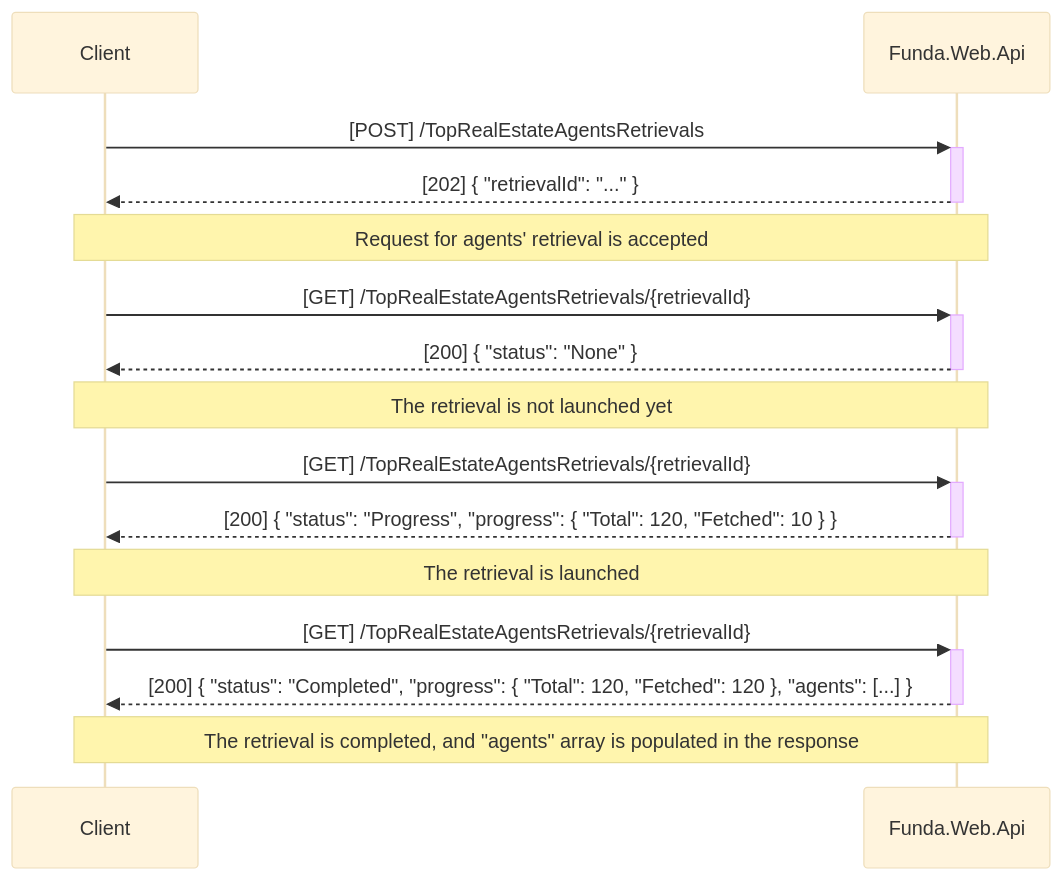
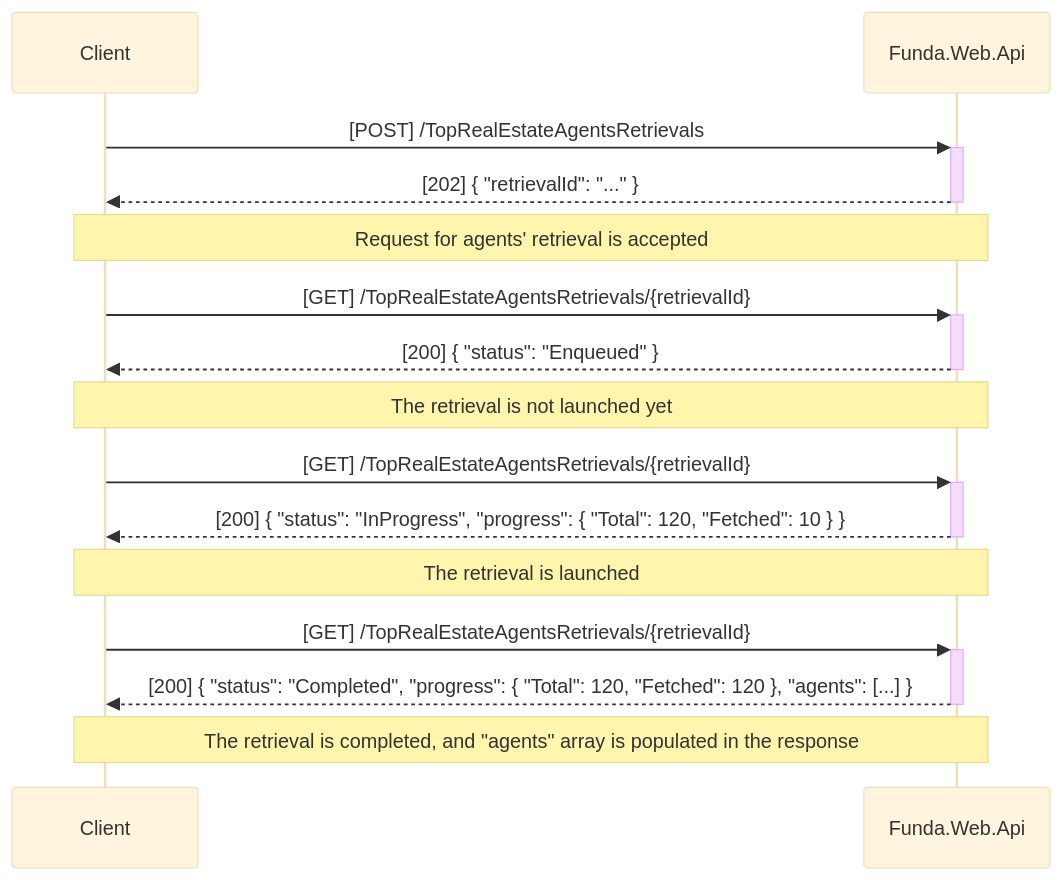
The first of 2 diagrams in README.md (AVykhrystyuk/funda), drawn with Mermaid (base theme) before and after one commit. The commit also changed 1 other file, not shown here.

Commit message:
Renames in RetrievalStatus

````diff
--- a/README.md
+++ b/README.md
@@ -27,19 +27,19 @@
 ```mermaid
 %% This diagram needs to be rendered, for example, GitHub renders it by default.
 sequenceDiagram
     Client->>+Funda.Web.Api: [POST] /TopRealEstateAgentsRetrievals
     Funda.Web.Api-->>-Client: [202] { "retrievalId": "..." }
     Note over Client,Funda.Web.Api: Request for agents' retrieval is accepted
     
     Client->>+Funda.Web.Api: [GET] /TopRealEstateAgentsRetrievals/{retrievalId}
-    Funda.Web.Api-->>-Client: [200] { "status": "None" }
+    Funda.Web.Api-->>-Client: [200] { "status": "Enqueued" }
     Note over Client,Funda.Web.Api: The retrieval is not launched yet
         
     Client->>+Funda.Web.Api: [GET] /TopRealEstateAgentsRetrievals/{retrievalId}
-    Funda.Web.Api-->>-Client: [200] { "status": "Progress", "progress": { "Total": 120, "Fetched": 10 } }
+    Funda.Web.Api-->>-Client: [200] { "status": "InProgress", "progress": { "Total": 120, "Fetched": 10 } }
     Note over Client,Funda.Web.Api: The retrieval is launched
     
     Client->>+Funda.Web.Api: [GET] /TopRealEstateAgentsRetrievals/{retrievalId}
     Funda.Web.Api-->>-Client: [200] { "status": "Completed", "progress": { "Total": 120, "Fetched": 120 }, "agents": [...] }
     Note over Client,Funda.Web.Api: The retrieval is completed, and "agents" array is populated in the response
 ```
````
